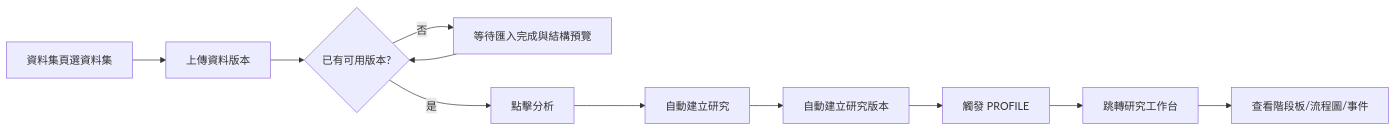
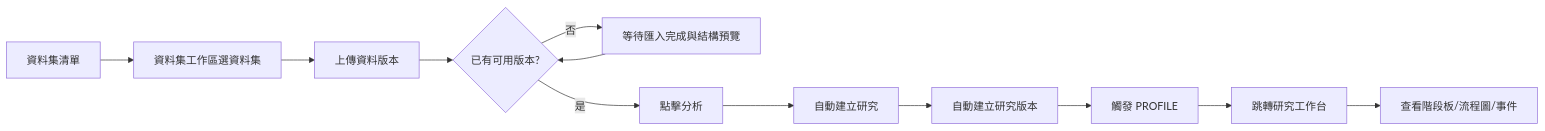
One commit to lovenovel0618/AXIOM changed the first of 2 diagrams in docs/企劃案/08-前端UX/24-畫面線框與互動流程.md. Above: the diagram before and after it, drawn with Mermaid. The commit also changed other lines of this file and 8 other files, not shown here.

````diff
--- a/docs/企劃案/08-前端UX/24-畫面線框與互動流程.md
+++ b/docs/企劃案/08-前端UX/24-畫面線框與互動流程.md
@@ -29,13 +29,14 @@
 ```mermaid
 flowchart LR
- A[資料集頁選資料集]-->B[上傳資料版本]
+ A0[資料集清單]-->A[資料集工作區選資料集]
+ A-->B[上傳資料版本]
  B-->C{已有可用版本?}
  C--否-->D[等待匯入完成與結構預覽]
  D-->C
  C--是-->E[點擊分析]
  E-->F[自動建立研究]
  F-->G[自動建立研究版本]
  G-->H[觸發 PROFILE]
  H-->I[跳轉研究工作台]
  I-->J[查看階段板/流程圖/事件]
 ```
````
